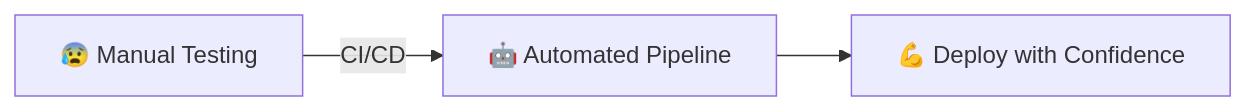
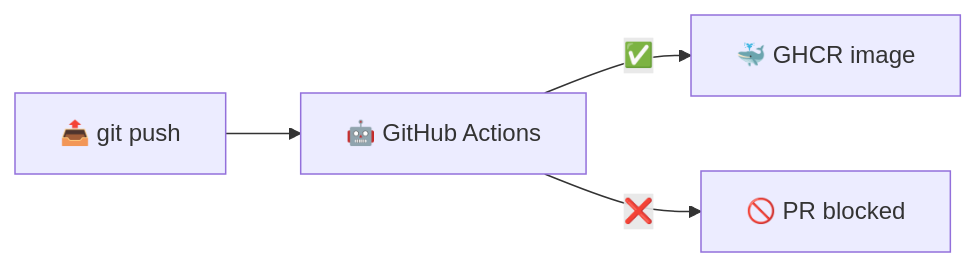
The first of 7 diagrams in lectures/lec3.md (inno-devops-labs/DevOps-Core-Course), drawn with Mermaid before and after one commit. The commit also changed other lines of this file and 24 other files, not shown here.

````diff
--- a/lectures/lec3.md
+++ b/lectures/lec3.md
@@ -10,5 +10,6 @@
 ```mermaid
 flowchart LR
-  Manual[😰 Manual Testing] -->|CI/CD| Auto[🤖 Automated Pipeline]
-  Auto --> Confidence[💪 Deploy with Confidence]
+  Push[📤 git push] --> CI[🤖 GitHub Actions]
+  CI -->|✅| Image[🐳 GHCR image]
+  CI -->|❌| Block[🚫 PR blocked]
 ```
````
